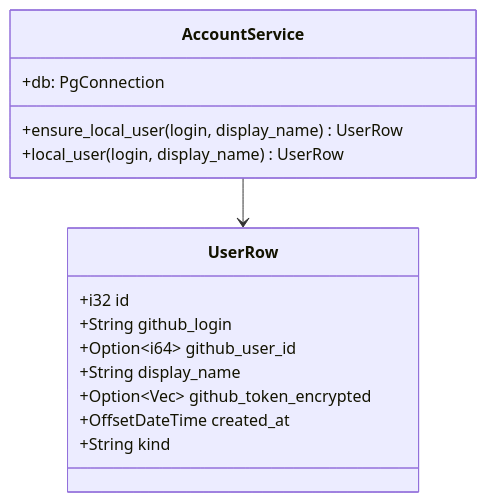
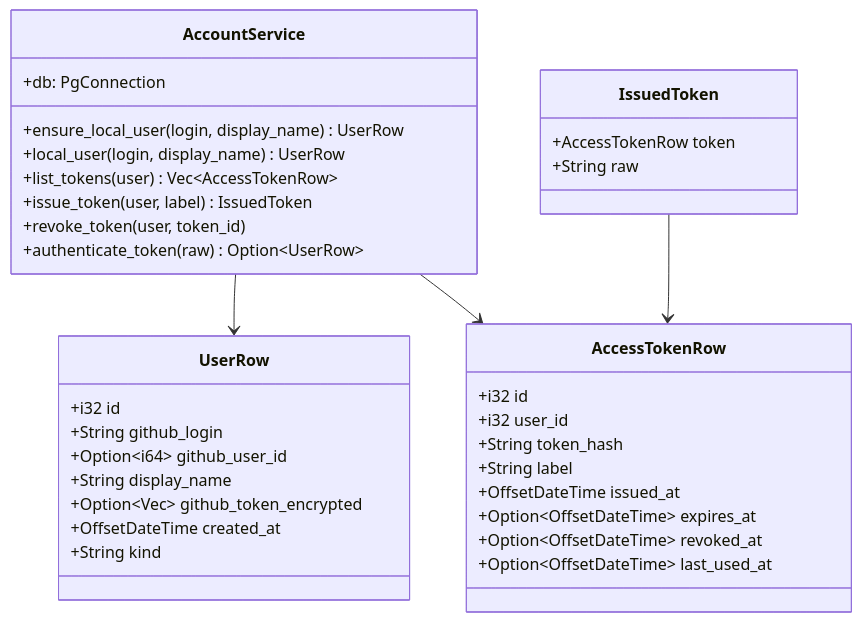
The diagram in docs/specs/06-DOM/SYNC-DOM-004.md (HoyoungParkme/syncdoc), drawn with Mermaid before and after one commit. The commit also changed other lines of this file and 55 other files, not shown here.

````diff
--- a/docs/specs/06-DOM/SYNC-DOM-004.md
+++ b/docs/specs/06-DOM/SYNC-DOM-004.md
@@ -286,18 +307,38 @@
 ```mermaid
 classDiagram
     class AccountService {
         +db: PgConnection
         +ensure_local_user(login, display_name) UserRow
         +local_user(login, display_name) UserRow
+        +list_tokens(user) Vec~AccessTokenRow~
+        +issue_token(user, label) IssuedToken
+        +revoke_token(user, token_id)
+        +authenticate_token(raw) Option~UserRow~
     }
     class UserRow {
         +i32 id
         +String github_login
         +Option~i64~ github_user_id
         +String display_name
         +Option~Vec~ github_token_encrypted
         +OffsetDateTime created_at
         +String kind
     }
+    class AccessTokenRow {
+        +i32 id
+        +i32 user_id
+        +String token_hash
+        +String label
+        +OffsetDateTime issued_at
+        +Option~OffsetDateTime~ expires_at
+        +Option~OffsetDateTime~ revoked_at
+        +Option~OffsetDateTime~ last_used_at
+    }
+    class IssuedToken {
+        +AccessTokenRow token
+        +String raw
+    }
     AccountService --> UserRow
+    AccountService --> AccessTokenRow
+    IssuedToken --> AccessTokenRow
 ```
````
